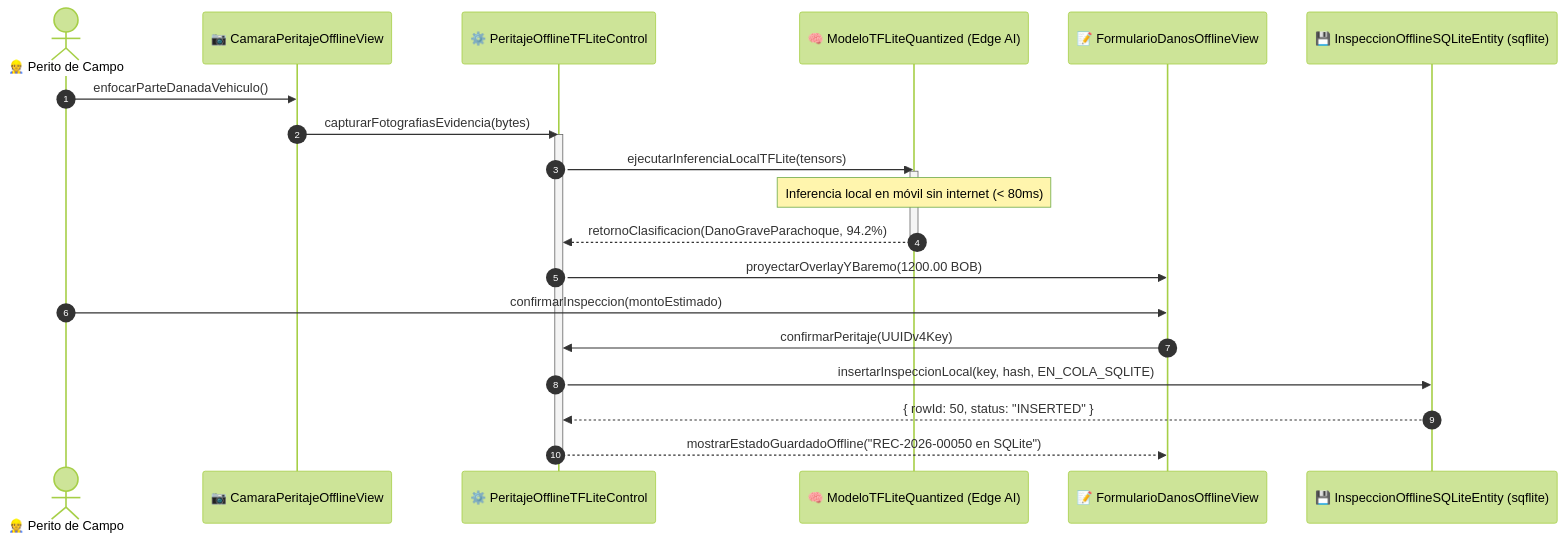
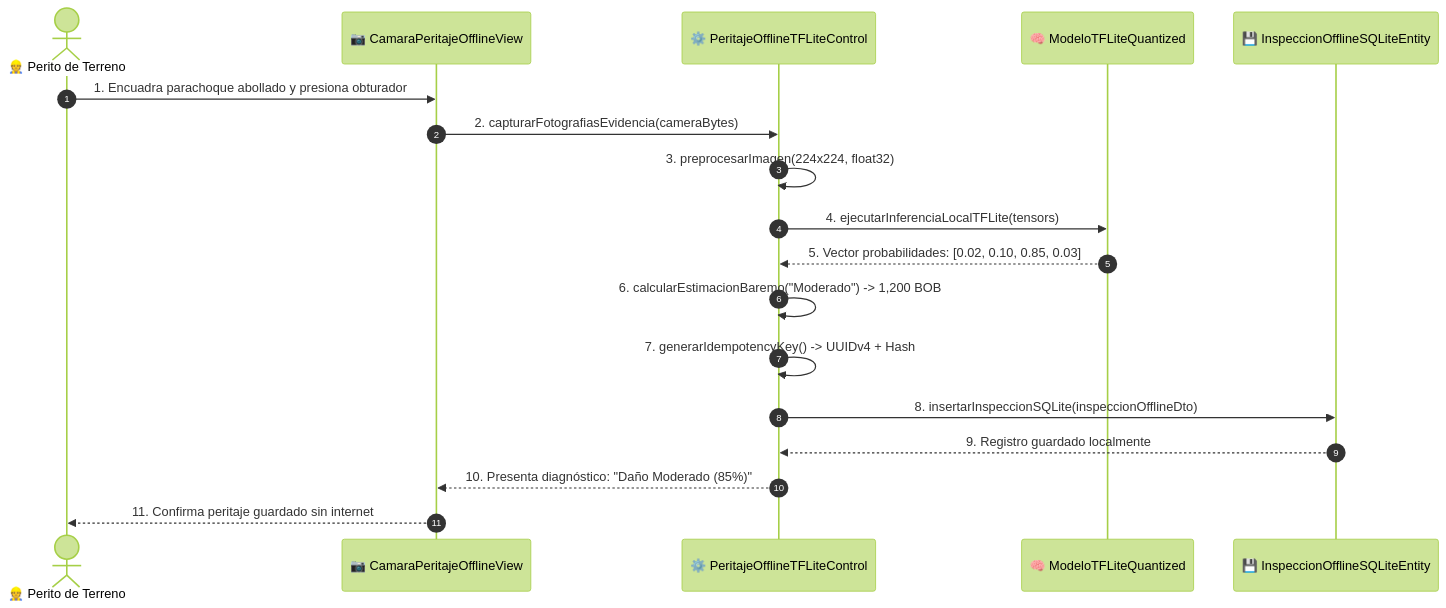
The ninth of 16 diagrams in docs/FASE_3_DOCUMENTACION_ICONIX_PERFIL_B.md (DiegoxdGarcia2/2doParcialSW2), drawn with Mermaid (forest theme) before and after one commit. The commit also changed other lines of this file and 11 other files, not shown here.

Commit message:
docs(iconix): documentacion integral del sistema completo AegisCore AI (CU01-CU15) y base de datos nativa Enterprise Architect 17.2 (.qea) con conectores y mensajes corregidos

````diff
--- a/docs/FASE_3_DOCUMENTACION_ICONIX_PERFIL_B.md
+++ b/docs/FASE_3_DOCUMENTACION_ICONIX_PERFIL_B.md
@@ -672,26 +1058,21 @@
 ```mermaid
 sequenceDiagram
     autonumber
-    actor PER as 👷 Perito de Campo
-    participant CAM as 📷 CamaraPeritajeOfflineView
-    participant CTRL as ⚙️ PeritajeOfflineTFLiteControl
-    participant TFL as 🧠 ModeloTFLiteQuantized (Edge AI)
-    participant FORM as 📝 FormularioDanosOfflineView
-    participant SQL as 💾 InspeccionOfflineSQLiteEntity (sqflite)
+    actor Perito as 👷 Perito de Terreno
+    participant CameraView as 📷 CamaraPeritajeOfflineView
+    participant Control as ⚙️ PeritajeOfflineTFLiteControl
+    participant TFLiteEngine as 🧠 ModeloTFLiteQuantized
+    participant SQLiteDB as 💾 InspeccionOfflineSQLiteEntity
 
-    PER->>CAM: enfocarParteDanadaVehiculo()
-    CAM->>CTRL: capturarFotografiasEvidencia(bytes)
-    activate CTRL
-    CTRL->>TFL: ejecutarInferenciaLocalTFLite(tensors)
-    activate TFL
-    Note over TFL: Inferencia local en móvil sin internet (< 80ms)
-    TFL-->>CTRL: retornoClasificacion(DanoGraveParachoque, 94.2%)
-    deactivate TFL
-    CTRL->>FORM: proyectarOverlayYBaremo(1200.00 BOB)
-    PER->>FORM: confirmarInspeccion(montoEstimado)
-    FORM->>CTRL: confirmarPeritaje(UUIDv4Key)
-    CTRL->>SQL: insertarInspeccionLocal(key, hash, EN_COLA_SQLITE)
-    SQL-->>CTRL: { rowId: 50, status: "INSERTED" }
-    CTRL-->>FORM: mostrarEstadoGuardadoOffline("REC-2026-00050 en SQLite")
-    deactivate CTRL
+    Perito->>CameraView: 1. Encuadra parachoque abollado y presiona obturador
+    CameraView->>Control: 2. capturarFotografiasEvidencia(cameraBytes)
+    Control->>Control: 3. preprocesarImagen(224x224, float32)
+    Control->>TFLiteEngine: 4. ejecutarInferenciaLocalTFLite(tensors)
+    TFLiteEngine-->>Control: 5. Vector probabilidades: [0.02, 0.10, 0.85, 0.03]
+    Control->>Control: 6. calcularEstimacionBaremo("Moderado") -> 1,200 BOB
+    Control->>Control: 7. generarIdempotencyKey() -> UUIDv4 + Hash
+    Control->>SQLiteDB: 8. insertarInspeccionSQLite(inspeccionOfflineDto)
+    SQLiteDB-->>Control: 9. Registro guardado localmente
+    Control-->>CameraView: 10. Presenta diagnóstico: "Daño Moderado (85%)"
+    CameraView-->>Perito: 11. Confirma peritaje guardado sin internet
 ```
````
